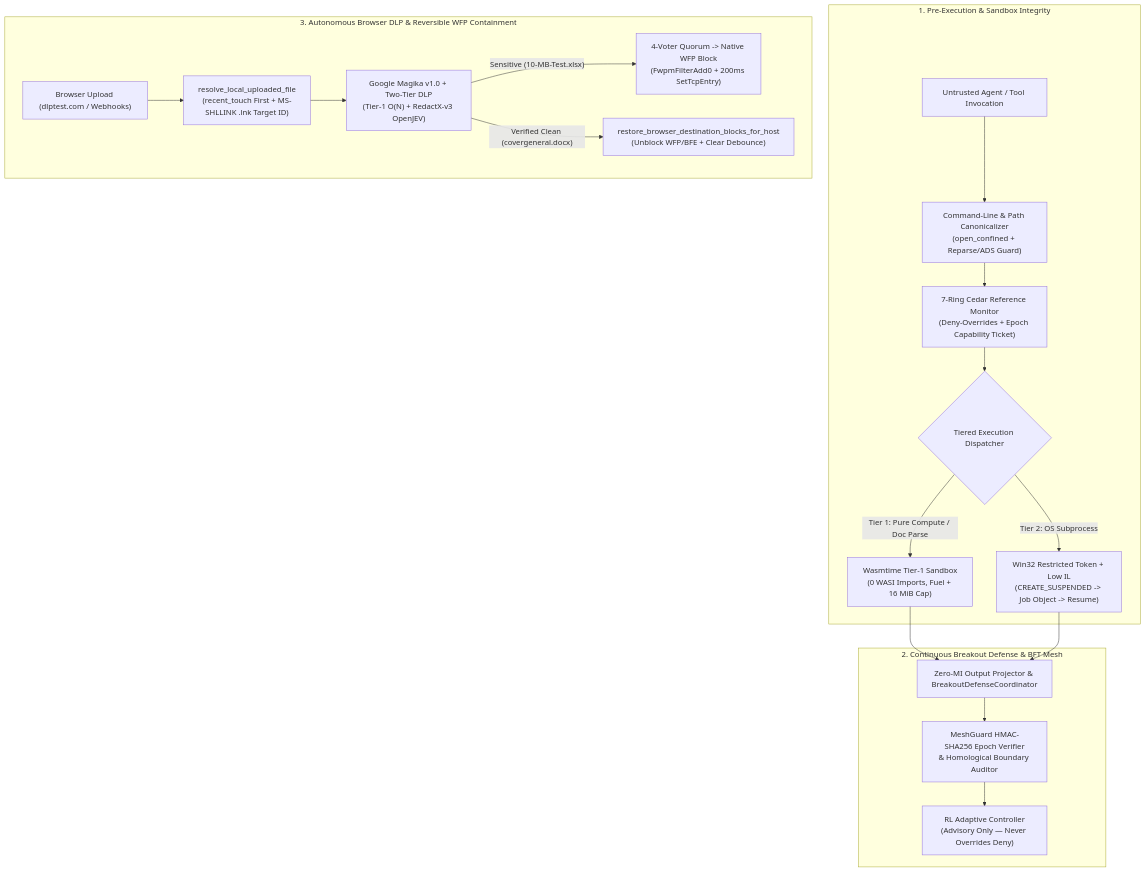
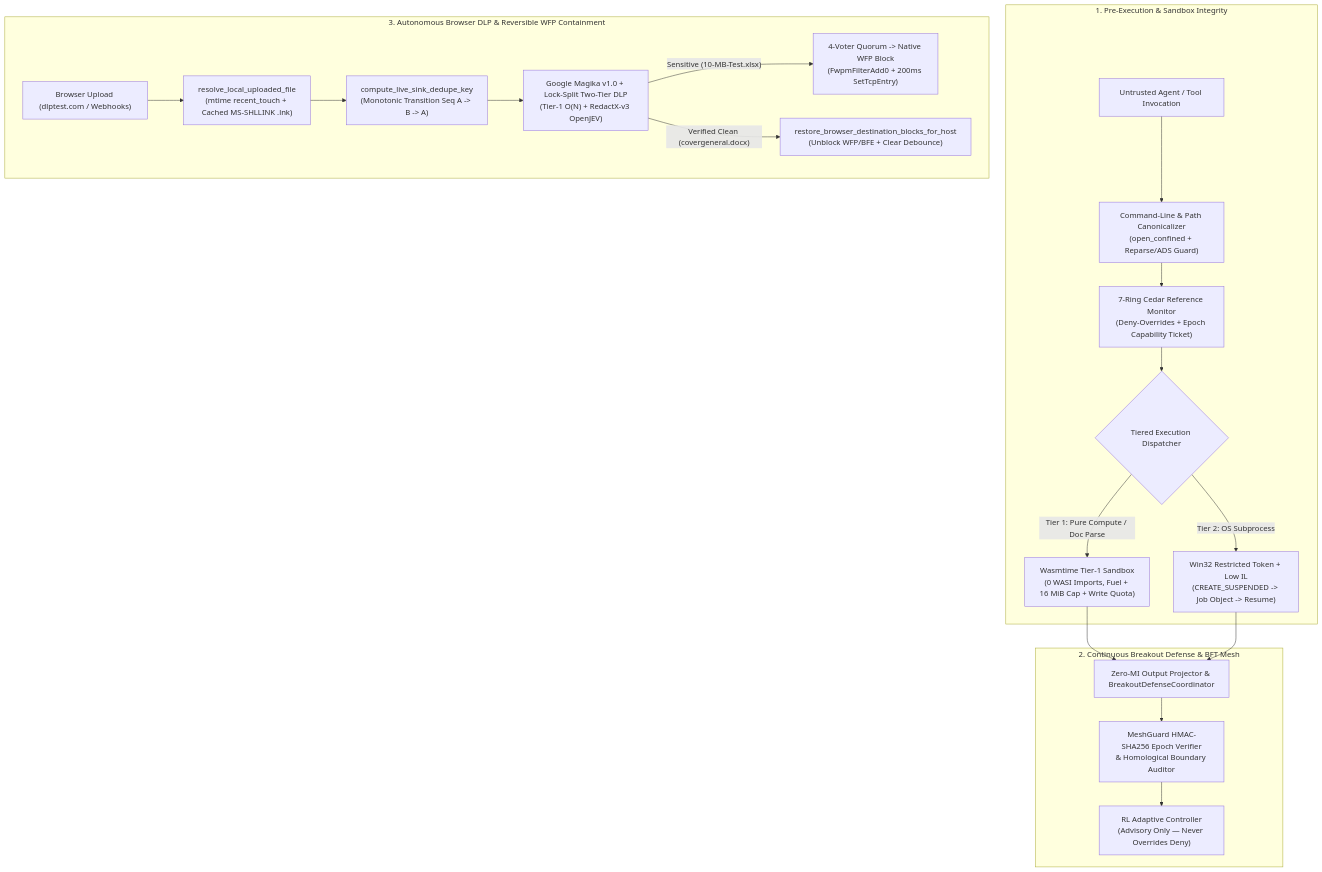
The diagram in docs/PERFORMANCE_AND_SECURITY_BENCHMARK.md (oyesanyf/OshoosiClaw), drawn with Mermaid before and after one commit. The commit also changed other lines of this file and 11 other files, not shown here.

Commit message:
fix(dlp,sandbox): mtime-only .lnk resolution, rapid A->B->A dedupe, lock-split /api/dlp/status, and Wasm scratch quotas

````diff
--- a/docs/PERFORMANCE_AND_SECURITY_BENCHMARK.md
+++ b/docs/PERFORMANCE_AND_SECURITY_BENCHMARK.md
@@ -26,24 +28,25 @@
 ```mermaid
 flowchart TB
     subgraph PreExec["1. Pre-Execution & Sandbox Integrity"]
         REQ["Untrusted Agent / Tool Invocation"] --> CMD["Command-Line & Path Canonicalizer<br/>(open_confined + Reparse/ADS Guard)"]
         CMD --> CEDAR["7-Ring Cedar Reference Monitor<br/>(Deny-Overrides + Epoch Capability Ticket)"]
         CEDAR --> TIER{"Tiered Execution Dispatcher"}
-        TIER -->|"Tier 1: Pure Compute / Doc Parse"| WASM["Wasmtime Tier-1 Sandbox<br/>(0 WASI Imports, Fuel + 16 MiB Cap)"]
+        TIER -->|"Tier 1: Pure Compute / Doc Parse"| WASM["Wasmtime Tier-1 Sandbox<br/>(0 WASI Imports, Fuel + 16 MiB Cap + Write Quota)"]
         TIER -->|"Tier 2: OS Subprocess"| WIN32["Win32 Restricted Token + Low IL<br/>(CREATE_SUSPENDED -> Job Object -> Resume)"]
     end
 
     subgraph RuntimeMesh["2. Continuous Breakout Defense & BFT Mesh"]
         WASM --> ZMI["Zero-MI Output Projector & BreakoutDefenseCoordinator"]
         WIN32 --> ZMI
         ZMI --> MESH["MeshGuard HMAC-SHA256 Epoch Verifier<br/>& Homological Boundary Auditor"]
         MESH --> RL["RL Adaptive Controller<br/>(Advisory Only — Never Overrides Deny)"]
     end
 
     subgraph BrowserDLP["3. Autonomous Browser DLP & Reversible WFP Containment"]
-        UP["Browser Upload (dlptest.com / Webhooks)"] --> LNK["resolve_local_uploaded_file<br/>(recent_touch First + MS-SHLLINK .lnk Target ID)"]
-        LNK --> MAGIKA["Google Magika v1.0 + Two-Tier DLP<br/>(Tier-1 O(N) + RedactX-v3 OpenJEV)"]
+        UP["Browser Upload (dlptest.com / Webhooks)"] --> LNK["resolve_local_uploaded_file<br/>(mtime recent_touch + Cached MS-SHLLINK .lnk)"]
+        LNK --> DEDUPE["compute_live_sink_dedupe_key<br/>(Monotonic Transition Seq A -> B -> A)"]
+        DEDUPE --> MAGIKA["Google Magika v1.0 + Lock-Split Two-Tier DLP<br/>(Tier-1 O(N) + RedactX-v3 OpenJEV)"]
         MAGIKA -->|"Sensitive (10-MB-Test.xlsx)"| BLOCK["4-Voter Quorum -> Native WFP Block<br/>(FwpmFilterAdd0 + 200ms SetTcpEntry)"]
         MAGIKA -->|"Verified Clean (covergeneral.docx)"| RESTORE["restore_browser_destination_blocks_for_host<br/>(Unblock WFP/BFE + Clear Debounce)"]
     end
 ```
````
